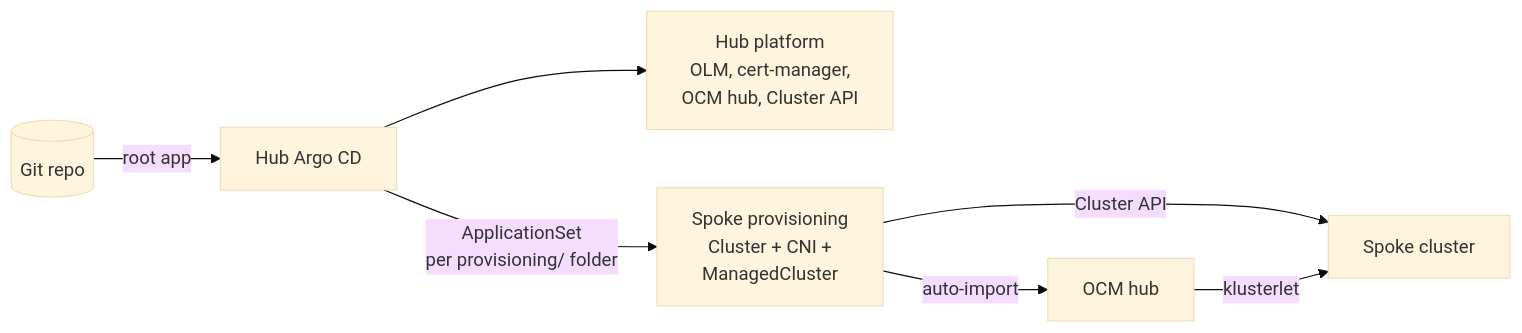
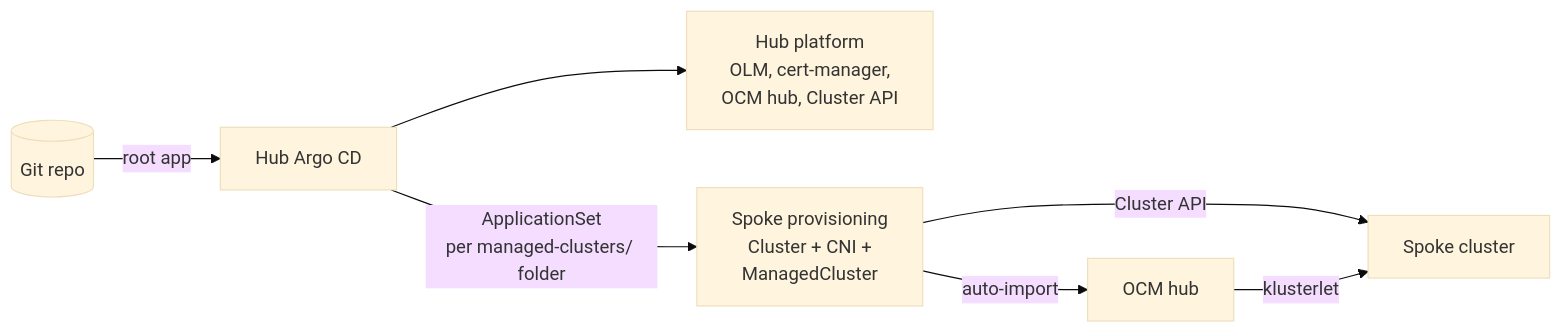
Before and after one commit to infrasam/openshift-app-of-apps-kustomize: the diagram in README.md, drawn with Mermaid (base theme). The commit also changed other lines of this file and 12 other files, not shown here.

````diff
--- a/README.md
+++ b/README.md
@@ -14,9 +14,9 @@
 ```mermaid
 flowchart LR
     git[(Git repo)] -->|root app| hubargo[Hub Argo CD]
     hubargo --> hubapps[Hub platform<br/>OLM, cert-manager,<br/>OCM hub, Cluster API]
-    hubargo -->|ApplicationSet<br/>per provisioning/ folder| prov[Spoke provisioning<br/>Cluster + CNI +<br/>ManagedCluster]
+    hubargo -->|ApplicationSet<br/>per managed-clusters/ folder| prov[Spoke provisioning<br/>Cluster + CNI +<br/>ManagedCluster]
     prov -->|Cluster API| spoke[Spoke cluster]
     prov -->|auto-import| ocm[OCM hub]
     ocm -->|klusterlet| spoke
 ```
````
